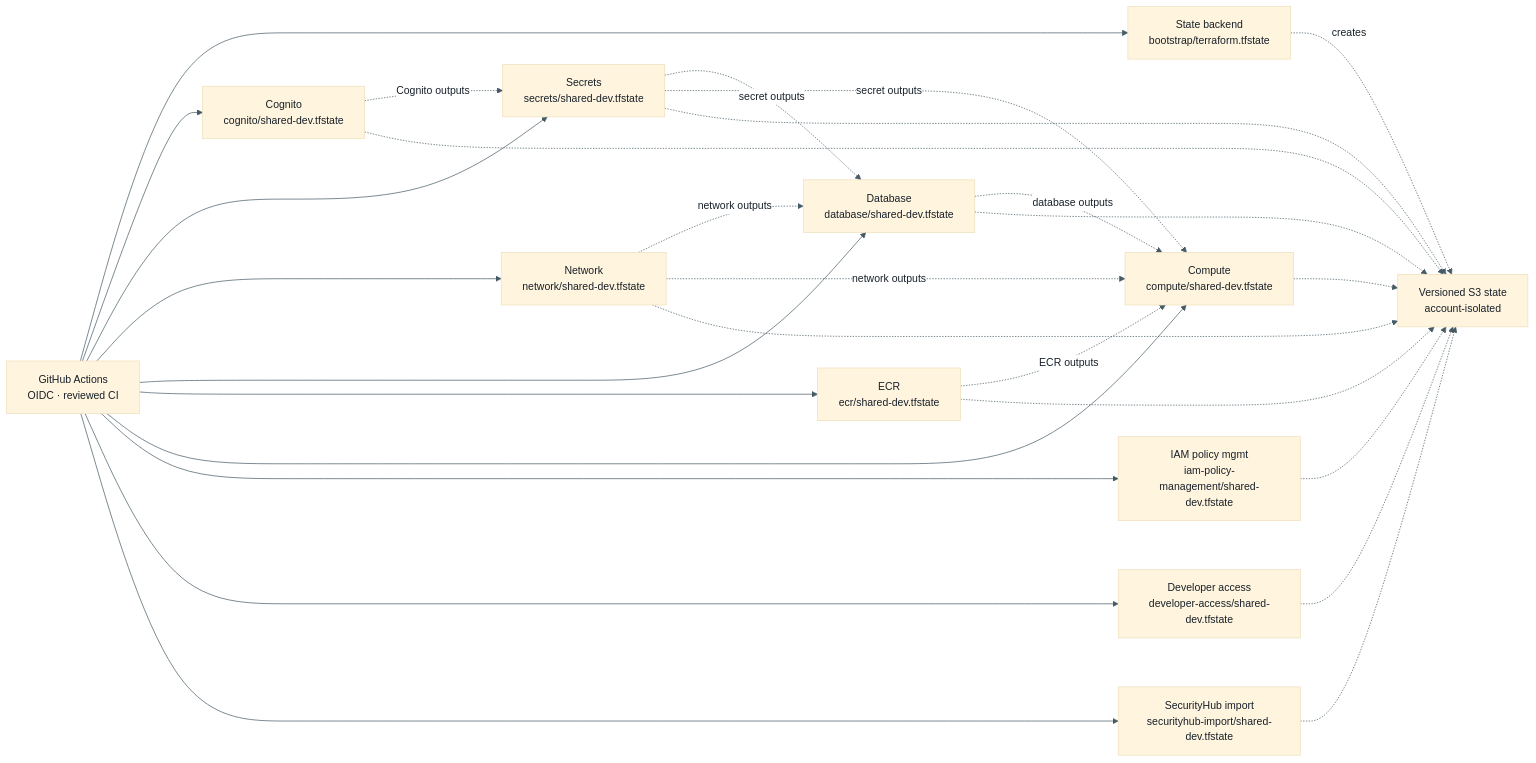
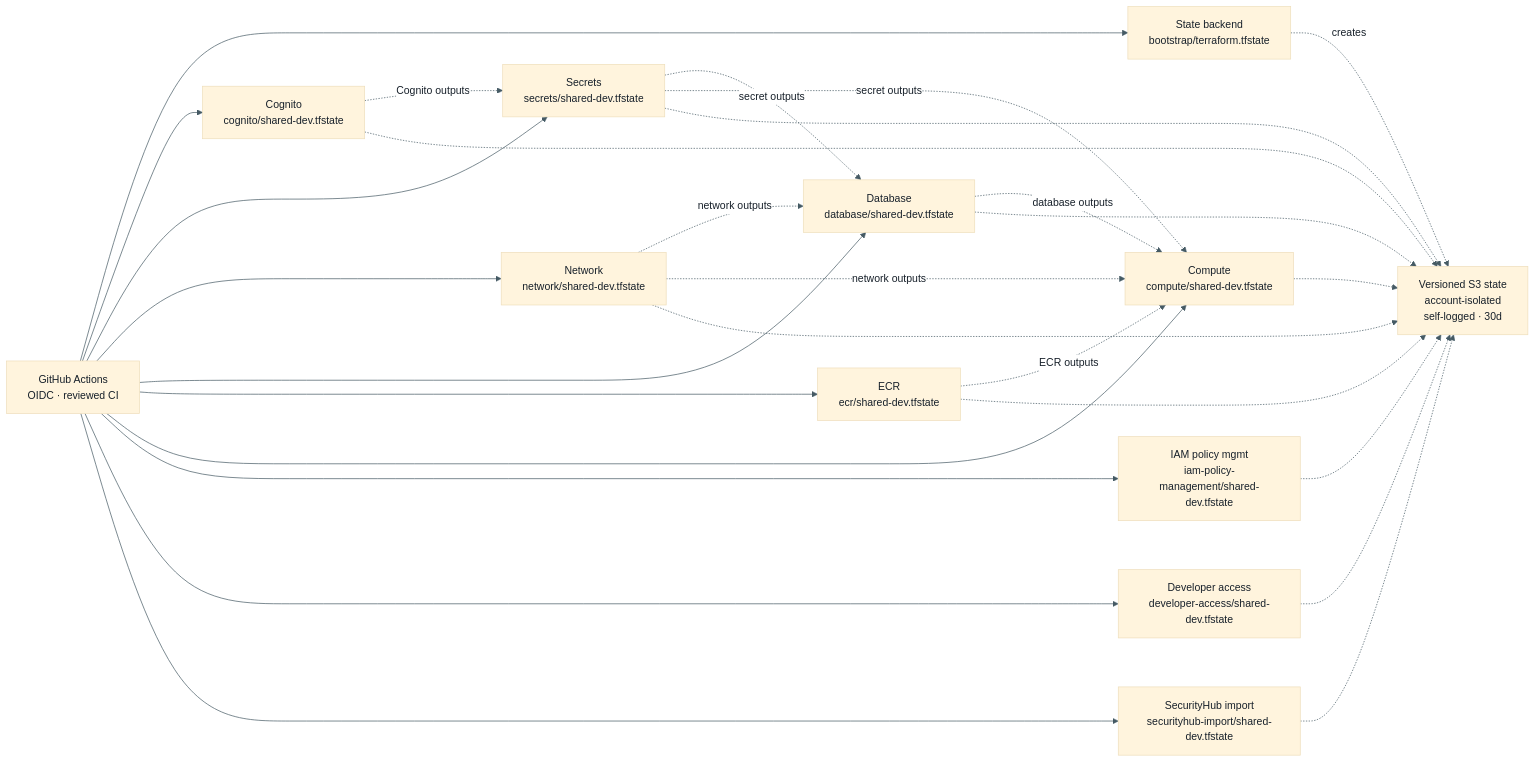
One commit to zctiong-iss/crewsafe changed the second of 3 diagrams in docs/architecture/terraform-architecture.md. Above: the diagram before and after it, drawn with Mermaid. The commit also changed other lines of this file and 2 other files, not shown here.

Commit message:
fix: enhance architecture diagrams with detailed logging and API descriptions

````diff
--- a/docs/architecture/terraform-architecture.md
+++ b/docs/architecture/terraform-architecture.md
@@ -158,59 +177,59 @@
 ```mermaid
 %%{init: {
   "theme": "base",
   "themeVariables": {
     "fontFamily": "Arial, sans-serif",
     "fontSize": "15px",
     "primaryTextColor": "#17202a",
     "lineColor": "#455a64",
     "edgeLabelBackground": "#ffffff"
   },
   "flowchart": {
     "nodeSpacing": 70,
     "rankSpacing": 90,
     "htmlLabels": true,
     "useMaxWidth": false
   }
 }}%%
 flowchart LR
   gha[GitHub Actions<br/>OIDC · reviewed CI]
-  state[Versioned S3 state<br/>account-isolated]
+  state[Versioned S3 state<br/>account-isolated<br/>self-logged · 30d]
   bootstrap[State backend<br/>bootstrap/terraform.tfstate]
   cognito[Cognito<br/>cognito/shared-dev.tfstate]
   secrets[Secrets<br/>secrets/shared-dev.tfstate]
   network[Network<br/>network/shared-dev.tfstate]
   database[Database<br/>database/shared-dev.tfstate]
   ecr[ECR<br/>ecr/shared-dev.tfstate]
   compute[Compute<br/>compute/shared-dev.tfstate]
   iam[IAM policy mgmt<br/>iam-policy-management/shared-dev.tfstate]
   devaccess[Developer access<br/>developer-access/shared-dev.tfstate]
   importer[SecurityHub import<br/>securityhub-import/shared-dev.tfstate]
 
   gha --> bootstrap
   gha --> cognito
   gha --> secrets
   gha --> network
   gha --> database
   gha --> ecr
   gha --> compute
   gha --> iam
   gha --> devaccess
   gha --> importer
   bootstrap -.->|creates| state
   cognito -.->|Cognito outputs| secrets
   network -.->|network outputs| database
   network -.->|network outputs| compute
   secrets -.->|secret outputs| database
   secrets -.->|secret outputs| compute
   database -.->|database outputs| compute
   ecr -.->|ECR outputs| compute
   cognito -.-> state
   secrets -.-> state
   network -.-> state
   database -.-> state
   ecr -.-> state
   compute -.-> state
   iam -.-> state
   devaccess -.-> state
   importer -.-> state
 ```
````
